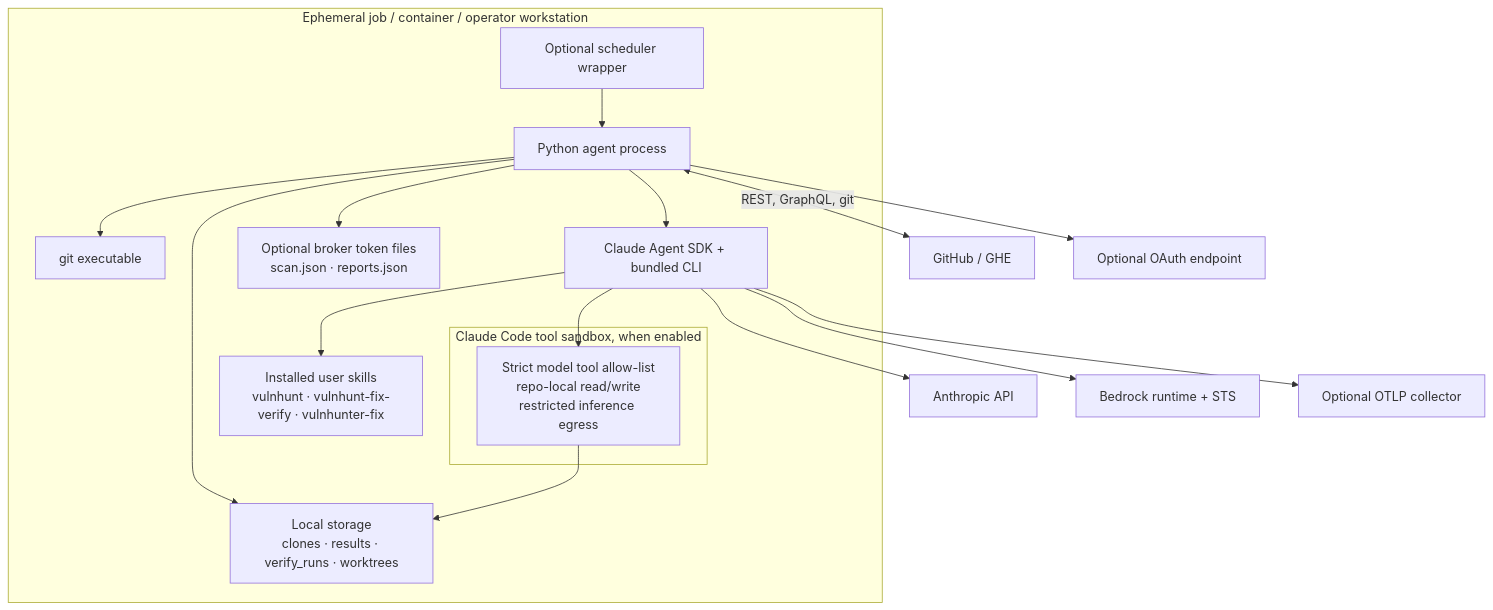
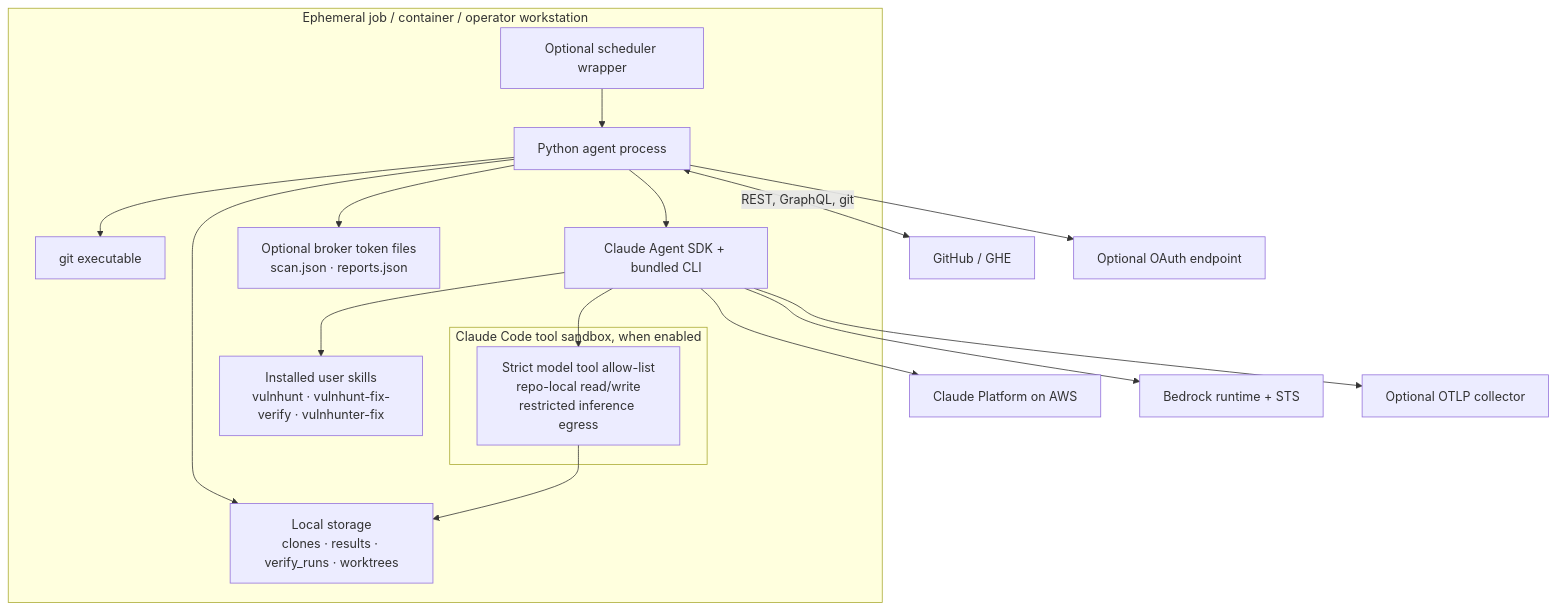
Before and after one commit to SecurityUniversalOrg/ai-agent-harness: the sixth of 6 diagrams in docs/architecture/README.md, drawn with Mermaid. The commit also changed other lines of this file and 28 other files, not shown here.

Commit message:
added capability for Claude Platform on AWS login

````diff
--- a/docs/architecture/README.md
+++ b/docs/architecture/README.md
@@ -397,37 +397,37 @@
 ```mermaid
 flowchart TB
     subgraph worker["Ephemeral job / container / operator workstation"]
         wrapper["Optional scheduler wrapper"]
         py["Python agent process"]
         git["git executable"]
         sdk["Claude Agent SDK + bundled CLI"]
         skills["Installed user skills\nvulnhunt · vulnhunt-fix-verify · vulnhunter-fix"]
         broker["Optional broker token files\nscan.json · reports.json"]
         fs["Local storage\nclones · results · verify_runs · worktrees"]
 
         subgraph sandbox["Claude Code tool sandbox, when enabled"]
             tools["Strict model tool allow-list\nrepo-local read/write\nrestricted inference egress"]
         end
 
         wrapper --> py
         py --> git
         py --> sdk
         sdk --> skills
         sdk --> tools
         py --> broker
         py --> fs
         tools --> fs
     end
 
     github["GitHub / GHE"]
-    anthropic["Anthropic API"]
+    anthropicAws["Claude Platform on AWS"]
     bedrock["Bedrock runtime + STS"]
     oauth["Optional OAuth endpoint"]
     otlp["Optional OTLP collector"]
 
     py <-->|REST, GraphQL, git| github
     py --> oauth
-    sdk --> anthropic
+    sdk --> anthropicAws
     sdk --> bedrock
     sdk --> otlp
 ```
````
